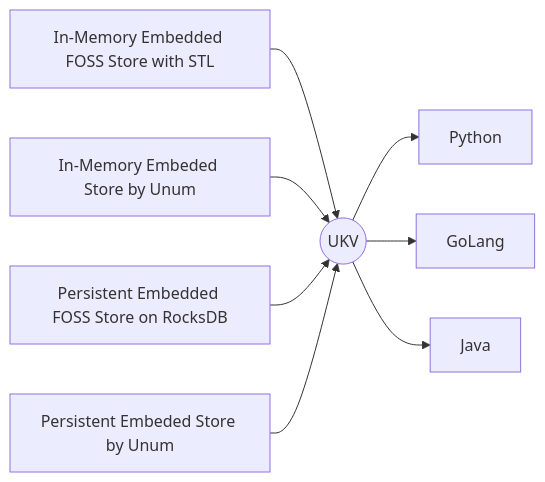
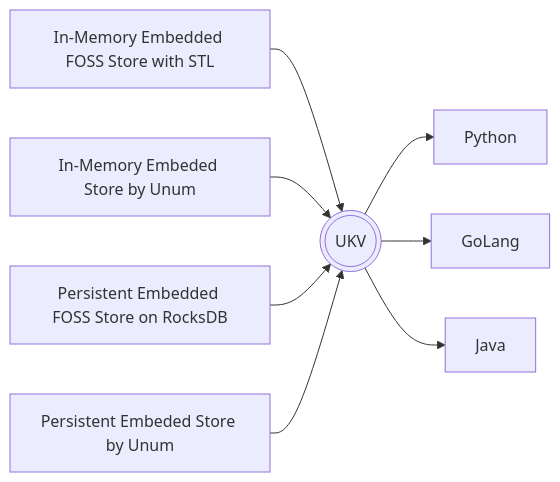
One commit to unum-cloud/ustore changed the diagram in README.md. Above: the diagram before and after it, drawn with Mermaid. The commit also changed other lines of this file, not shown here.

````diff
--- a/README.md
+++ b/README.md
@@ -5,22 +5,22 @@
 ```mermaid
 flowchart LR
   
-  ukv((UKV))
+  ukv(((UKV)))
 
   id1[In-Memory Embedded FOSS Store with STL] --> ukv;
   id2[In-Memory Embeded Store by Unum] --> ukv;
   id3[Persistent Embedded FOSS Store on RocksDB] --> ukv;
   id4[Persistent Embeded Store by Unum] --> ukv;
   %% id5[In-Memory Distributed Store by Unum] --> ukv;
   %% id6[Persistent Distributed Store by Unum] --> ukv;
   
   %% id2 -.-> id5 
   %% id4 -.-> id6 
   
   ukv --> Python;
   ukv --> GoLang;
   ukv --> Java;
   %% ukv ---> Redis;
   %% ukv ---> Lucene;
   %% ukv ---> MongoDB;
 ```
````
